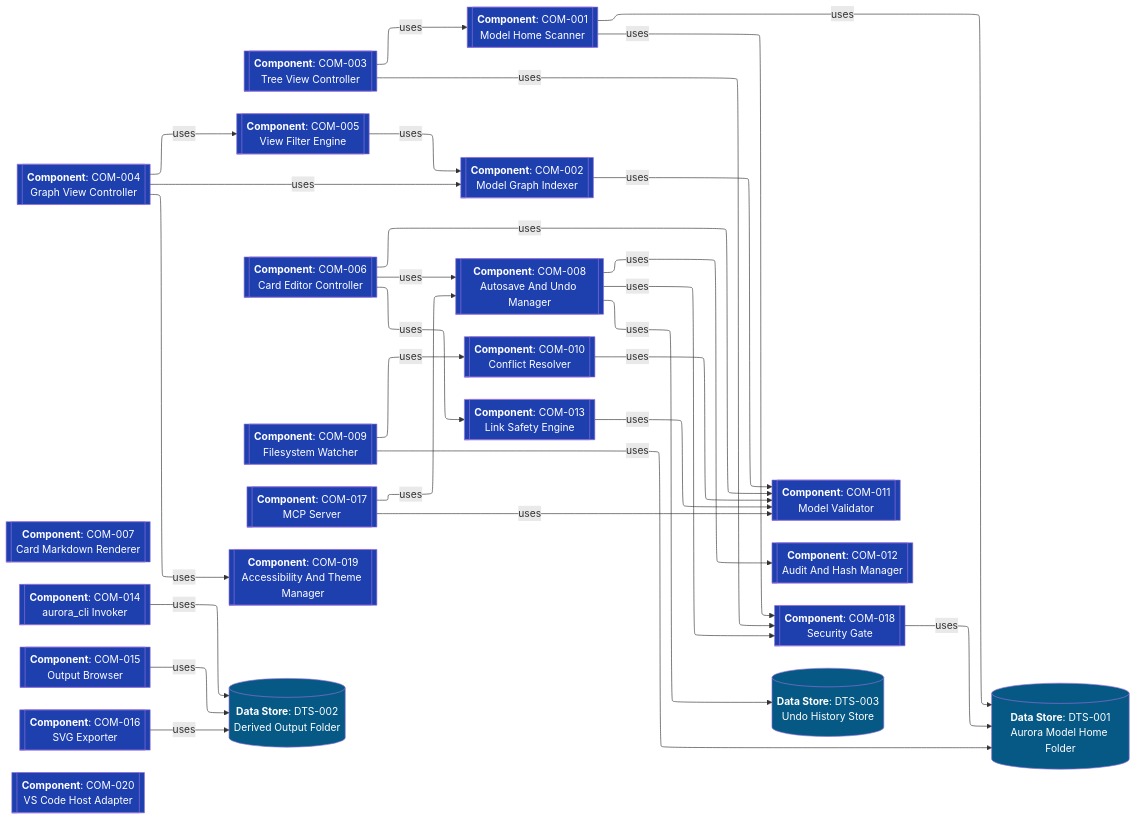
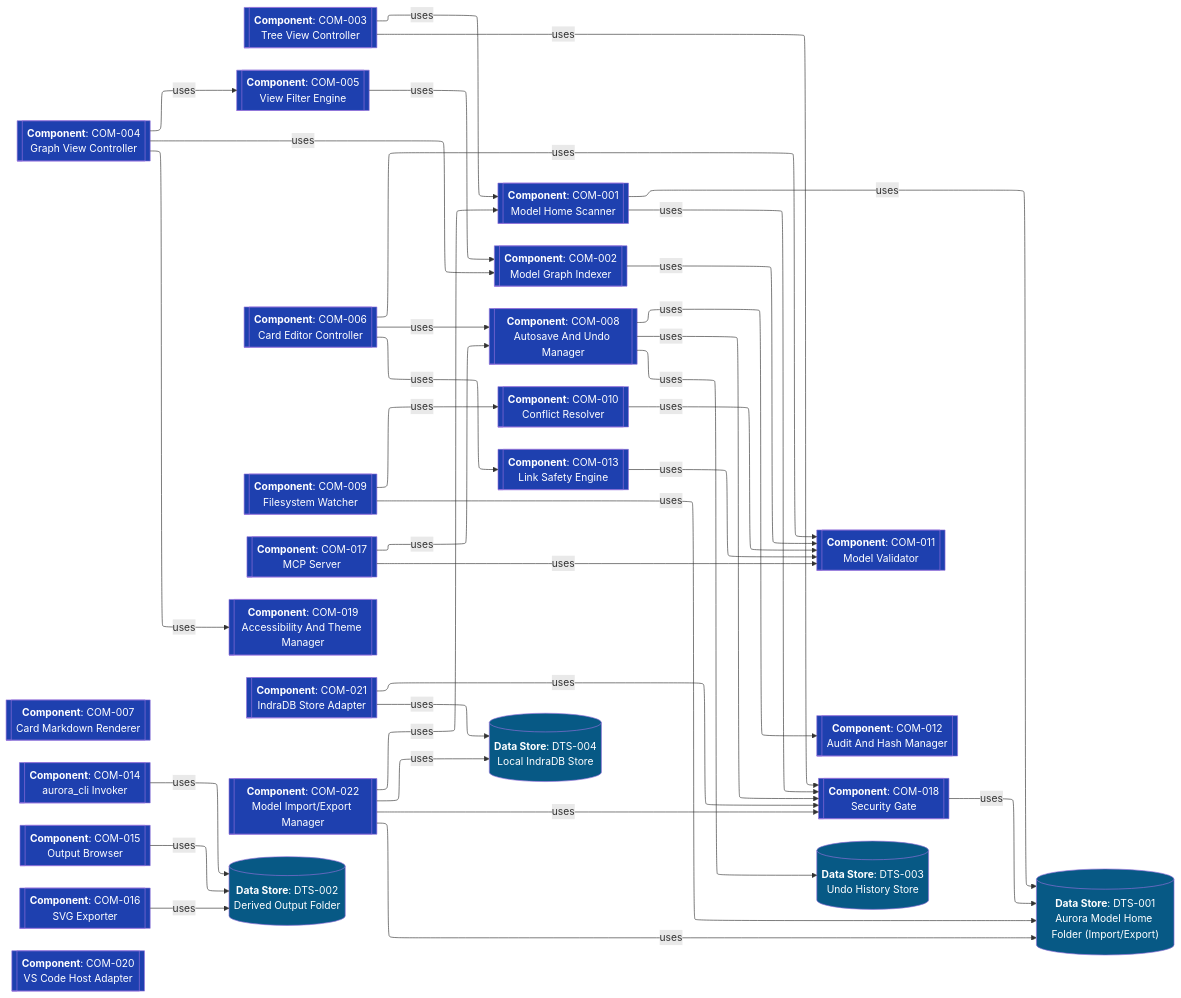
One commit to JEleniel/aurora changed the diagram in docs/design/MIS-002/Deployment.view.md. Above: the diagram before and after it, drawn with Mermaid. The commit also changed other lines of this file and 141 other files, not shown here.

First line of the commit message:
feat(MIS-002): Add components, capabilities, activities, and requirements for model import/export functionality

````diff
--- a/docs/design/MIS-002/Deployment.view.md
+++ b/docs/design/MIS-002/Deployment.view.md
@@ -25,9 +25,12 @@
 	COM-018[["`**Component**: COM-018<br />Security Gate`"]]
 	COM-019[["`**Component**: COM-019<br />Accessibility And Theme Manager`"]]
 	COM-020[["`**Component**: COM-020<br />VS Code Host Adapter`"]]
-	DTS-001[("`**Data Store**: DTS-001<br />Aurora Model Home Folder`")]
+	COM-021[["`**Component**: COM-021<br />IndraDB Store Adapter`"]]
+	COM-022[["`**Component**: COM-022<br />Model Import/Export Manager`"]]
+	DTS-001[("`**Data Store**: DTS-001<br />Aurora Model Home Folder (Import/Export)`")]
 	DTS-002[("`**Data Store**: DTS-002<br />Derived Output Folder`")]
 	DTS-003[("`**Data Store**: DTS-003<br />Undo History Store`")]
+	DTS-004[("`**Data Store**: DTS-004<br />Local IndraDB Store`")]
 
 
 	COM-001 -- uses --> DTS-001;
@@ -55,6 +58,12 @@
 	COM-017 -- uses --> COM-011;
 	COM-017 -- uses --> COM-008;
 	COM-018 -- uses --> DTS-001;
+	COM-021 -- uses --> DTS-004;
+	COM-021 -- uses --> COM-018;
+	COM-022 -- uses --> DTS-001;
+	COM-022 -- uses --> DTS-004;
+	COM-022 -- uses --> COM-001;
+	COM-022 -- uses --> COM-018;
 
 
 classDef cls_boundary stroke-dasharray:5 5,stroke-width:4;
@@ -88,7 +97,7 @@
 classDef cls_threat fill:#4c0519,color:#FFFFFF;
 classDef cls_note fill:#1f2937,color:#FFFFFF;
 
-	class COM-001,COM-002,COM-003,COM-004,COM-005,COM-006,COM-007,COM-008,COM-009,COM-010,COM-011,COM-012,COM-013,COM-014,COM-015,COM-016,COM-017,COM-018,COM-019,COM-020 cls_component;
-	class DTS-001,DTS-002,DTS-003 cls_data_store;
+	class COM-001,COM-002,COM-003,COM-004,COM-005,COM-006,COM-007,COM-008,COM-009,COM-010,COM-011,COM-012,COM-013,COM-014,COM-015,COM-016,COM-017,COM-018,COM-019,COM-020,COM-021,COM-022 cls_component;
+	class DTS-001,DTS-002,DTS-003,DTS-004 cls_data_store;
 
 ```
````
